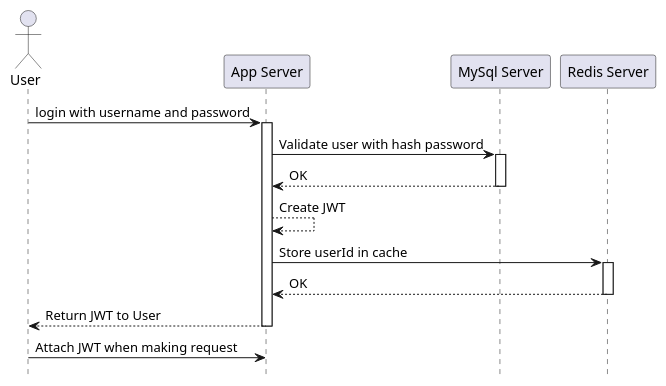
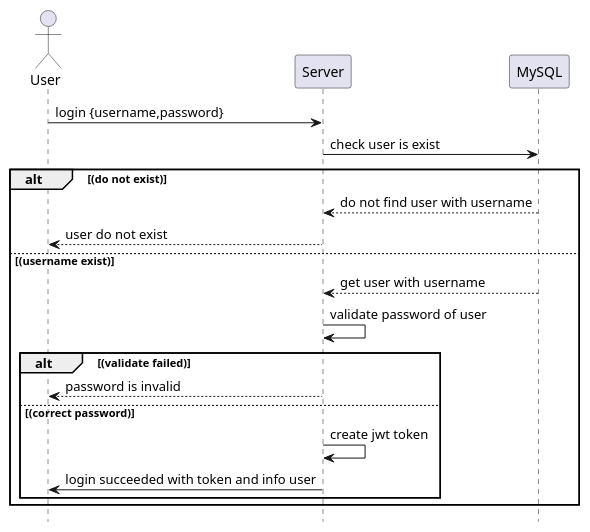
One commit to noradomi/foo-app changed the diagram in docs/sequence diagrams/login.puml. Above: the diagram before and after it, drawn with PlantUML. The commit also changed 71 other files, not shown here.

```diff
--- a/docs/sequence diagrams/login.puml
+++ b/docs/sequence diagrams/login.puml
@@ -1,18 +1,19 @@
 @startuml login
 hide footbox
 actor User
-"User" -> "App Server": login with username and password
-activate "App Server"
-"App Server" -> "MySql Server": Validate user with hash password
-activate "MySql Server"
-"MySql Server" --> "App Server": OK
-deactivate "MySql Server"
-"App Server" --> "App Server": Create JWT
-"App Server" -> "Redis Server": Store userId in cache
-activate "Redis Server"
-"Redis Server" --> "App Server": OK
-deactivate "Redis Server"
-"App Server" --> "User": Return JWT to User
-deactivate "App Server"
-"User" -> "App Server": Attach JWT when making request
+"User" -> "Server": login {username,password}
+"Server" -> "MySQL": check user is exist
+alt (do not exist)
+"MySQL" --> "Server": do not find user with username
+"Server" --> "User": user do not exist
+else (username exist)
+"MySQL" --> "Server": get user with username
+"Server" -> "Server": validate password of user
+alt (validate failed)
+"Server" --> "User": password is invalid
+else (correct password)
+"Server" -> "Server": create jwt token
+"Server" -> "User": login succeeded with token and info user
+end
+end
 @enduml
```
